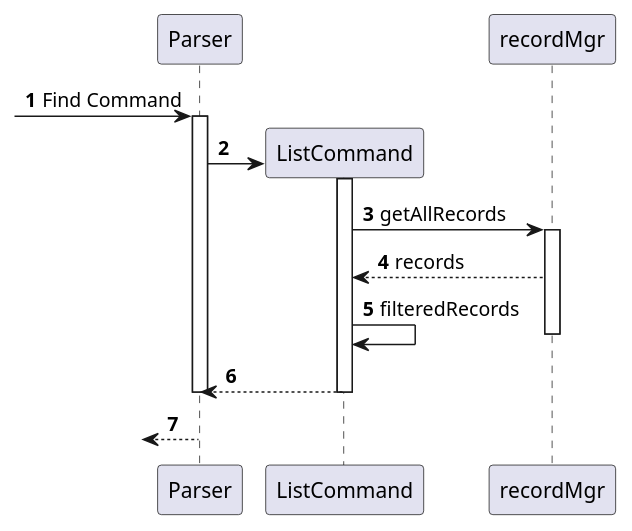
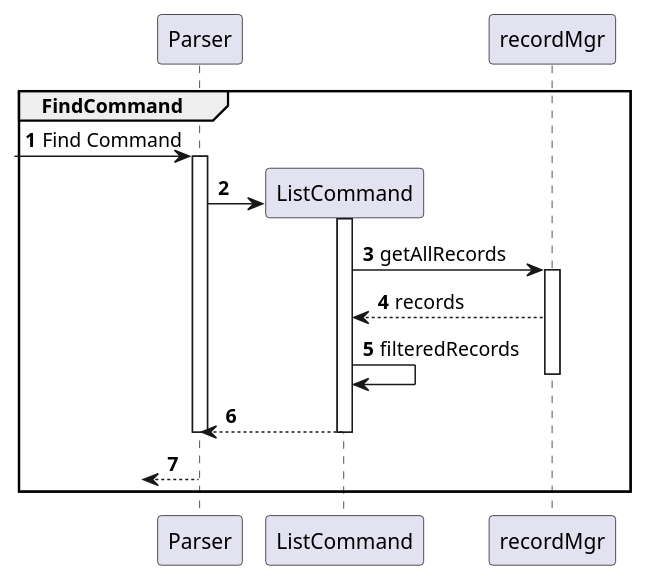
Before and after one commit to nus-cs2113-AY2122S2/tp: the diagram in docs/sequenceDiagrams/FindCommand.puml, drawn with PlantUML. The commit also changed 17 other files, not shown here.

Commit message:
add sequnce diagram to DG

```diff
--- a/docs/sequenceDiagrams/FindCommand.puml
+++ b/docs/sequenceDiagrams/FindCommand.puml
@@ -1,25 +1,25 @@
 @startuml
 'https://plantuml.com/sequence-diagram
 
 autonumber
-
+group FindCommand
 ?-> Parser: Find Command
 Activate Parser
 
 Parser -> ListCommand **
 Activate ListCommand
 
 ListCommand -> recordMgr :getAllRecords
 activate recordMgr
 ListCommand <-- recordMgr : records
 ListCommand -> ListCommand : filteredRecords
 deactivate recordMgr
 
 Parser <-- ListCommand
 Deactivate ListCommand
 
 Deactivate Parser
 ?<-- Parser
 Deactivate Parser
-
+end
 @enduml
```
